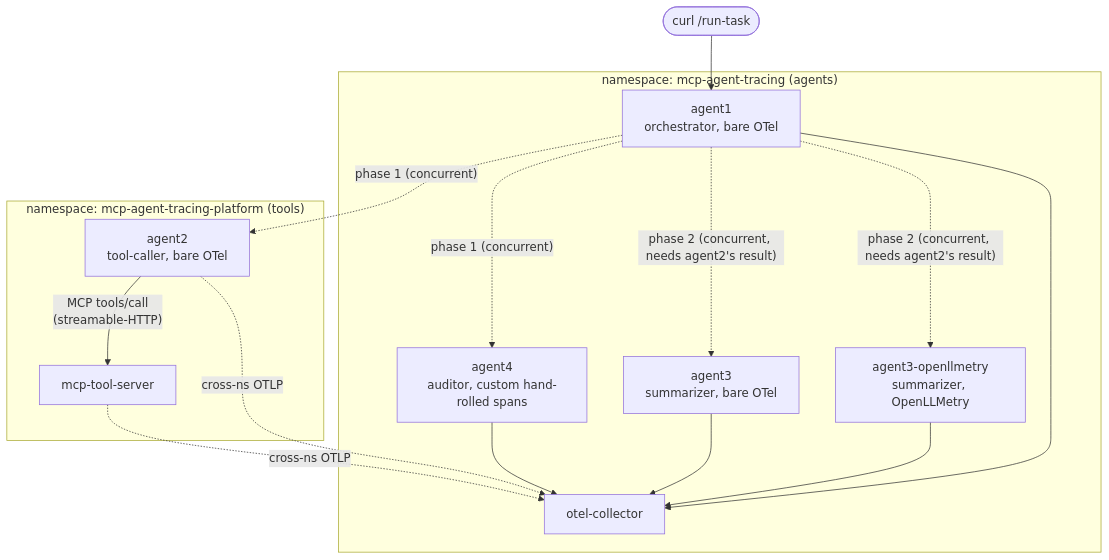
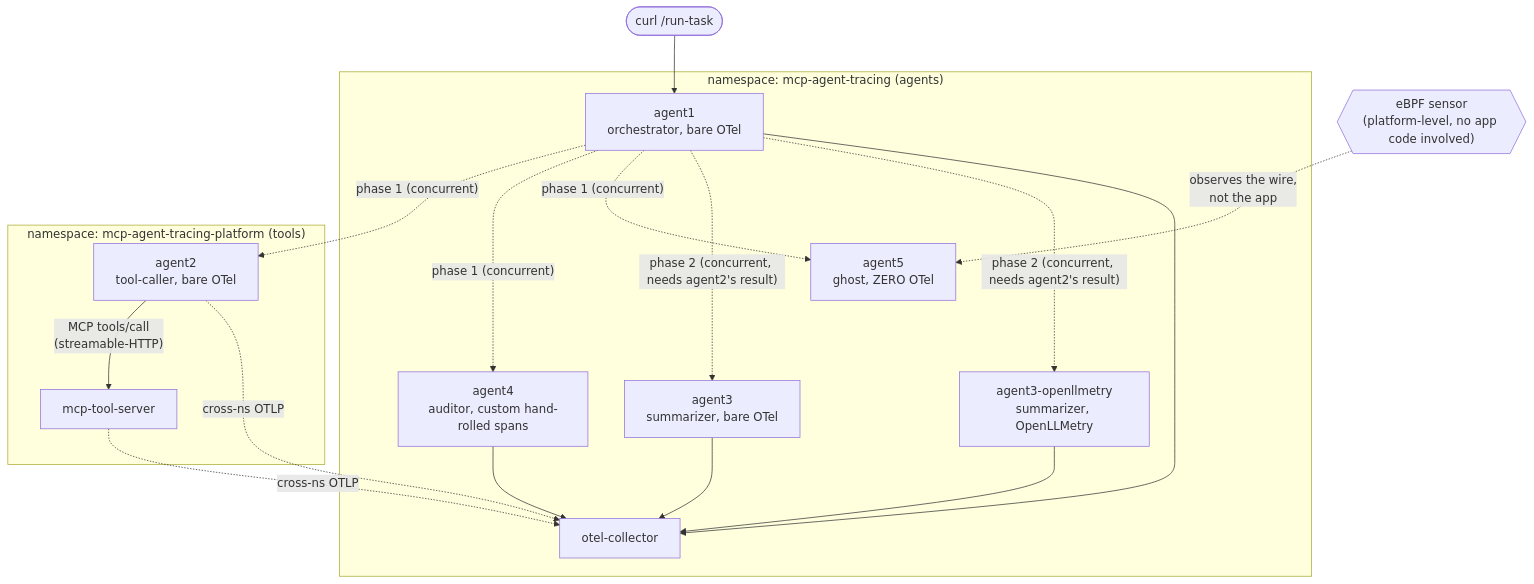
Before and after one commit to sf-matt/mcp-agent-tracing: the first of 3 diagrams in README.md, drawn with Mermaid. The commit also changed other lines of this file, not shown here.

First line of the commit message:
Document agent5: the eBPF-only floor below the instrumentation spectrum

````diff
--- a/README.md
+++ b/README.md
@@ -28,30 +35,36 @@
 ```mermaid
 flowchart TB
     U([curl /run-task]) --> A1
 
     subgraph nsA["namespace: mcp-agent-tracing (agents)"]
         A1[agent1<br/>orchestrator, bare OTel]
         A3[agent3<br/>summarizer, bare OTel]
         A3O[agent3-openllmetry<br/>summarizer, OpenLLMetry]
         A4[agent4<br/>auditor, custom hand-rolled spans]
+        A5[agent5<br/>ghost, ZERO OTel]
         OC[otel-collector]
     end
 
     subgraph nsB["namespace: mcp-agent-tracing-platform (tools)"]
         A2[agent2<br/>tool-caller, bare OTel]
         MCP[mcp-tool-server]
     end
 
+    EBPF{{"eBPF sensor<br/>(platform-level, no app code involved)"}}
+
     A1 -. "phase 1 (concurrent)" .-> A2
     A1 -. "phase 1 (concurrent)" .-> A4
+    A1 -. "phase 1 (concurrent)" .-> A5
     A1 -. "phase 2 (concurrent, needs agent2's result)" .-> A3
     A1 -. "phase 2 (concurrent, needs agent2's result)" .-> A3O
     A2 -->|"MCP tools/call<br/>(streamable-HTTP)"| MCP
 
     A1 --> OC
     A2 -. "cross-ns OTLP" .-> OC
     A3 --> OC
     A3O --> OC
     A4 --> OC
     MCP -. "cross-ns OTLP" .-> OC
+
+    EBPF -. "observes the wire,<br/>not the app" .-> A5
 ```
````
